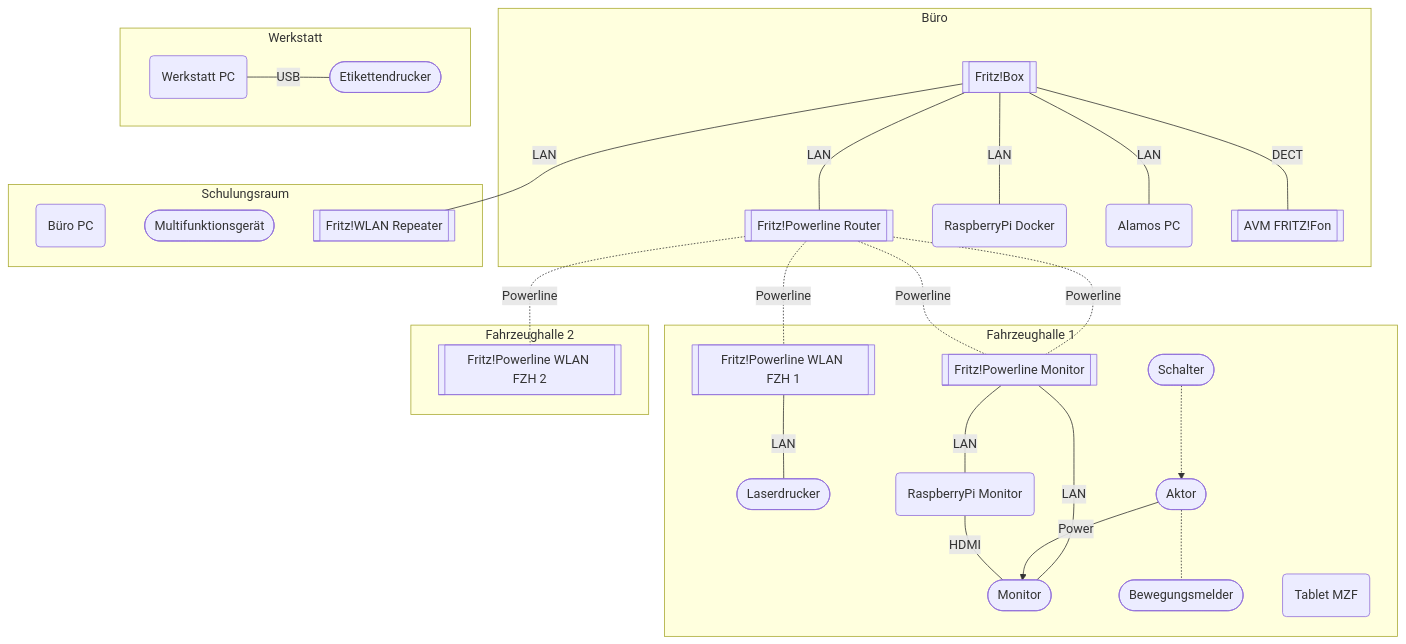
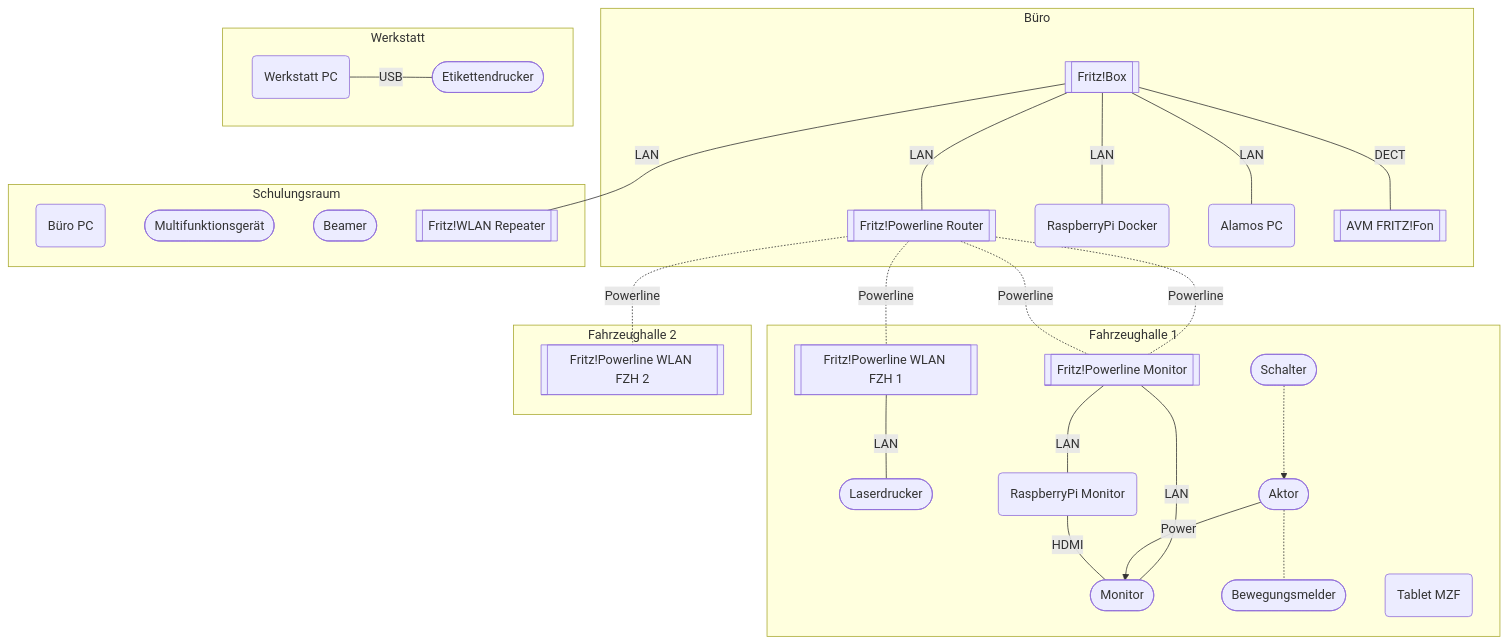
One commit to FFW-Baudenbach/FE2_Documentation changed the diagram in docs/Dokumentation/Hardware/index.md. Above: the diagram before and after it, drawn with Mermaid.

Commit message:
Added beamer

````diff
--- a/docs/Dokumentation/Hardware/index.md
+++ b/docs/Dokumentation/Hardware/index.md
@@ -12,66 +12,67 @@
 ```mermaid
 graph TD
 
     subgraph buero[Büro]
         router[[Fritz!Box]]
         pwl-rt[[Fritz!Powerline Router]]
         rpidoc(RaspberryPi Docker)
         fe2pc(Alamos PC)
         phone[[AVM FRITZ!Fon]]
         
         router---|LAN|pwl-rt
         router---|LAN|rpidoc
         router---|LAN|fe2pc
         router---|DECT|phone
     end
     
     subgraph schulungsraum[Schulungsraum]
         bueropc(Büro PC)
         copier([Multifunktionsgerät])
+        beamer([Beamer])
         wlanrep[[Fritz!WLAN Repeater]]
         router---|LAN|wlanrep
     end
     
     subgraph werkstatt[Werkstatt]
         fmpc(Werkstatt PC)
         labelprinter([Etikettendrucker])
         
         fmpc---|USB|labelprinter
     end
     
     subgraph fzh1[Fahrzeughalle 1]
         pwl-fzh1[["Fritz!Powerline WLAN FZH&nbsp;1"]]
         pwl-mon[[Fritz!Powerline Monitor]]
         printer([Laserdrucker])
         monitor([Monitor])
         actor([Aktor])
         motion([Bewegungsmelder])
         plug([Schalter])
         rpimon(RaspberryPi Monitor)
         tablet(Tablet MZF)
 
        %% router---pwl-fzh1
        %% router---pwl-fzh2
        %% router---pwl-mon
 
         pwl-fzh1---|LAN|printer
         
         pwl-mon---|LAN|monitor
         pwl-mon---|LAN|rpimon
         
         plug-.->actor--Power-->monitor
         rpimon---|HDMI|monitor
         actor-.-motion
 
     end
     
     subgraph fzh2[Fahrzeughalle 2]
         pwl-fzh2[["Fritz!Powerline WLAN FZH&nbsp;2"]]
     end
     
     pwl-rt-.-|Powerline|pwl-mon
     pwl-rt-.-|Powerline|pwl-fzh1
     pwl-rt-.-|Powerline|pwl-fzh2
     pwl-rt-.-|Powerline|pwl-mon
     
 ```
````
